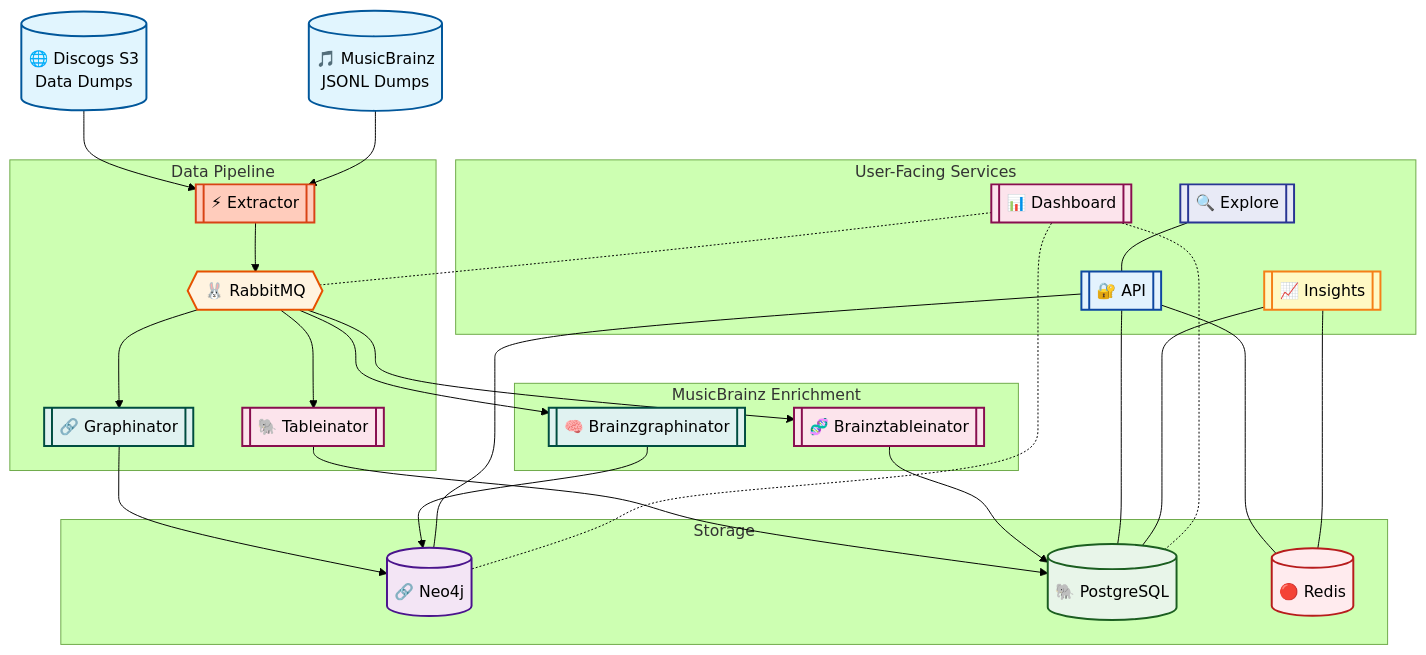
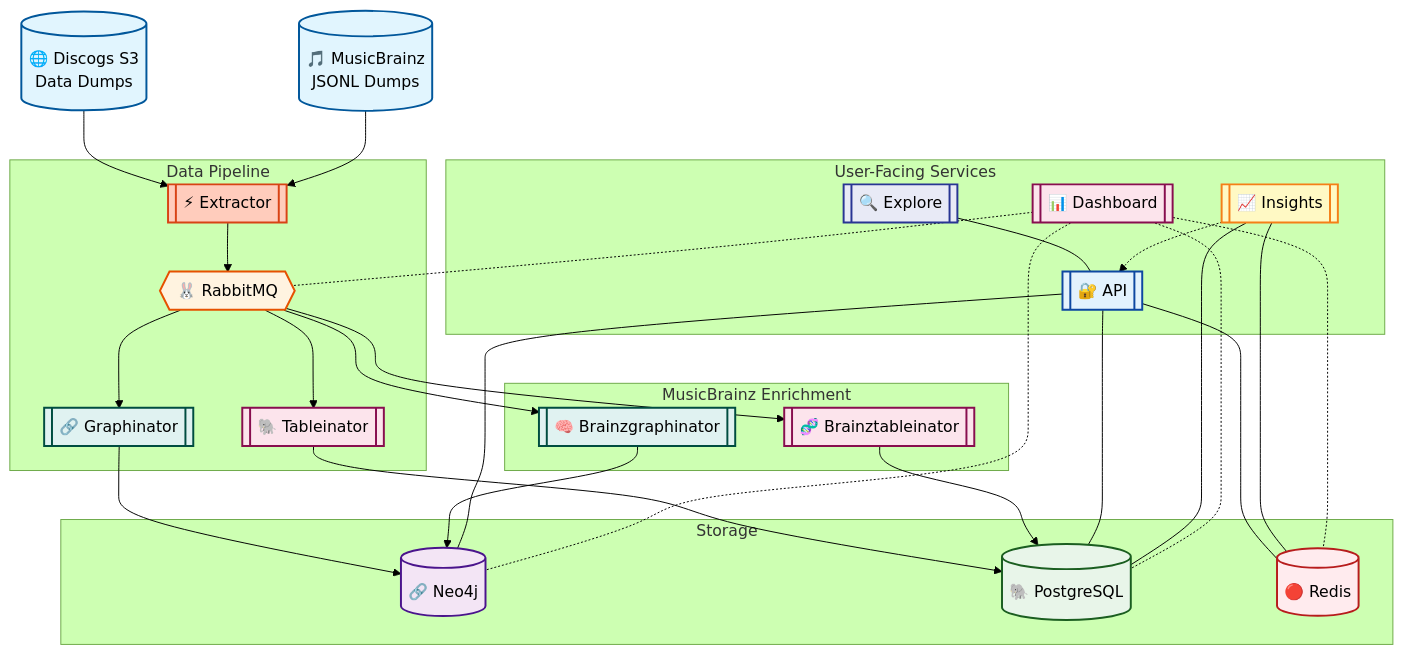
Before and after one commit to SimplicityGuy/discogsography: the diagram in README.md, drawn with Mermaid (forest theme). The commit also changed 31 other files, not shown here.

````diff
--- a/README.md
+++ b/README.md
@@ -67,58 +67,59 @@
 ```mermaid
 graph TD
     S3[("🌐 Discogs S3<br/>Data Dumps")]
     MB[("🎵 MusicBrainz<br/>JSONL Dumps")]
 
     subgraph Pipeline ["Data Pipeline"]
         EXT[["⚡ Extractor"]]
         RMQ{{"🐰 RabbitMQ"}}
         GRAPH[["🔗 Graphinator"]]
         TABLE[["🐘 Tableinator"]]
     end
 
     subgraph MBPipeline ["MusicBrainz Enrichment"]
         BGRAPH[["🧠 Brainzgraphinator"]]
         BTABLE[["🧬 Brainztableinator"]]
     end
 
     subgraph Storage ["Storage"]
         NEO4J[("🔗 Neo4j")]
         PG[("🐘 PostgreSQL")]
         REDIS[("🔴 Redis")]
     end
 
     subgraph Services ["User-Facing Services"]
         API[["🔐 API"]]
         EXPLORE[["🔍 Explore"]]
         DASH[["📊 Dashboard"]]
         INSIGHTS[["📈 Insights"]]
     end
 
     S3 --> EXT --> RMQ
     MB --> EXT
     RMQ --> GRAPH --> NEO4J
     RMQ --> TABLE --> PG
     RMQ --> BGRAPH --> NEO4J
     RMQ --> BTABLE --> PG
 
     API --- NEO4J & PG & REDIS
     EXPLORE --- API
+    INSIGHTS -.-> API
     INSIGHTS --- PG & REDIS
-    DASH -.- RMQ & NEO4J & PG
+    DASH -.- RMQ & NEO4J & PG & REDIS
 
     style S3 fill:#e1f5fe,stroke:#01579b,stroke-width:2px
     style MB fill:#e1f5fe,stroke:#01579b,stroke-width:2px
     style EXT fill:#ffccbc,stroke:#d84315,stroke-width:2px
     style RMQ fill:#fff3e0,stroke:#e65100,stroke-width:2px
     style NEO4J fill:#f3e5f5,stroke:#4a148c,stroke-width:2px
     style PG fill:#e8f5e9,stroke:#1b5e20,stroke-width:2px
     style REDIS fill:#ffebee,stroke:#b71c1c,stroke-width:2px
     style GRAPH fill:#e0f2f1,stroke:#004d40,stroke-width:2px
     style TABLE fill:#fce4ec,stroke:#880e4f,stroke-width:2px
     style BGRAPH fill:#e0f2f1,stroke:#004d40,stroke-width:2px
     style BTABLE fill:#fce4ec,stroke:#880e4f,stroke-width:2px
     style API fill:#e3f2fd,stroke:#0d47a1,stroke-width:2px
     style EXPLORE fill:#e8eaf6,stroke:#283593,stroke-width:2px
     style DASH fill:#fce4ec,stroke:#880e4f,stroke-width:2px
     style INSIGHTS fill:#fff9c4,stroke:#f57f17,stroke-width:2px
 ```
````
